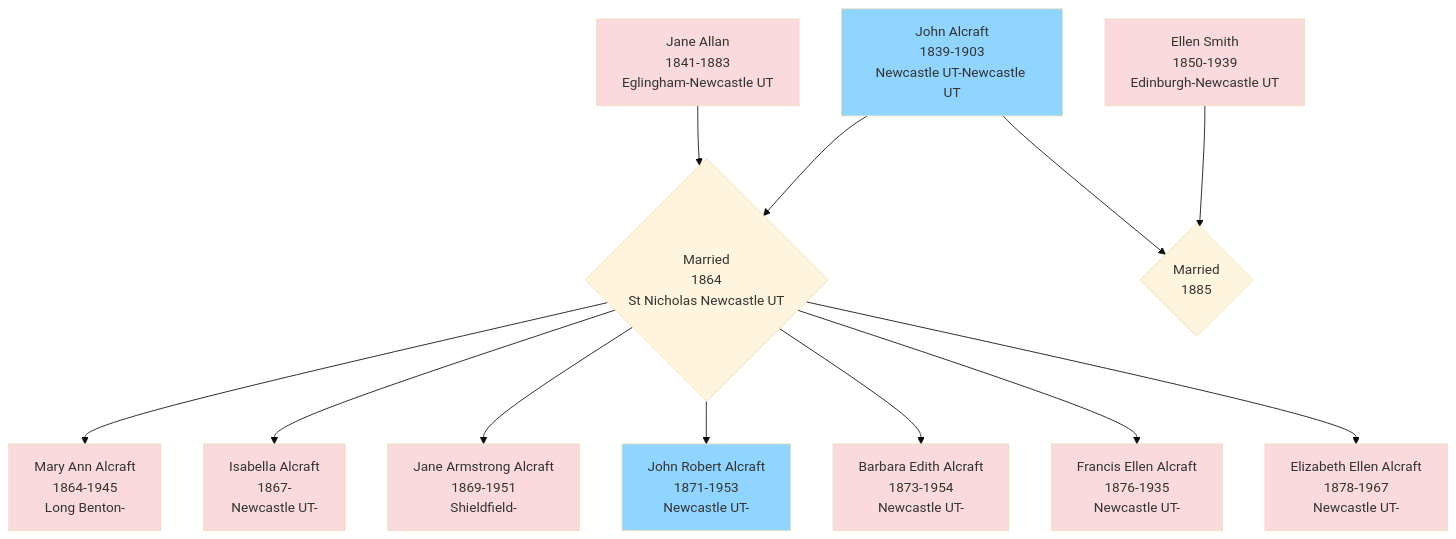
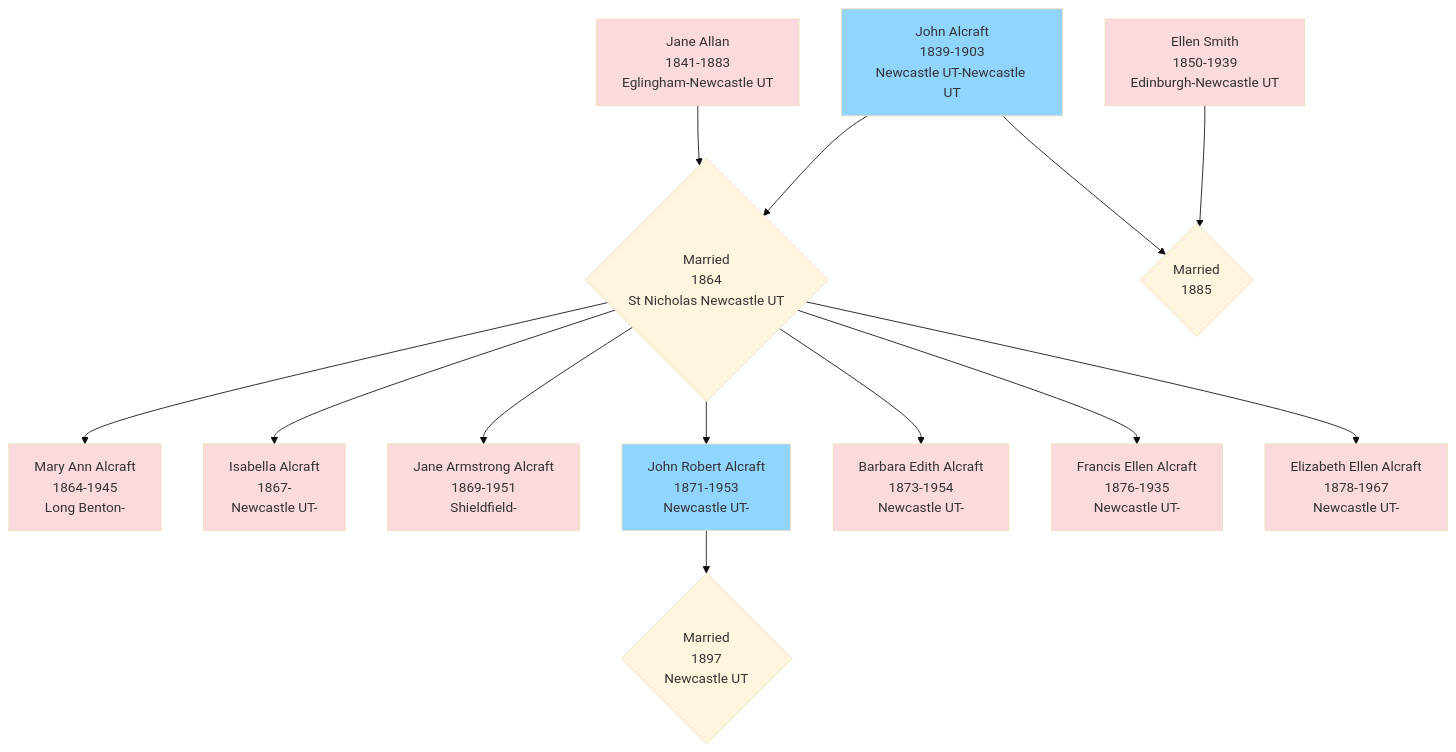
Before and after one commit to RachelAlcraft/family-tree: the diagram in docs/index.md, drawn with Mermaid (base theme).

````diff
--- a/docs/index.md
+++ b/docs/index.md
@@ -6,31 +6,32 @@
 ``` mermaid
 flowchart TD  
 JA1[John Alcraft\n1839-1903\nNewcastle UT-Newcastle UT] --> JAJA{Married\n1864\nSt Nicholas Newcastle UT};
 JA2[Jane Allan\n1841-1883\nEglingham-Newcastle UT] --> JAJA;
 ES[Ellen Smith\n1850-1939\nEdinburgh-Newcastle UT] --> JAES{Married\n1885};
 JA1 --> JAES
 JAJA -->MAA[Mary Ann Alcraft\n1864-1945\nLong Benton-];
 JAJA -->IA[Isabella Alcraft\n1867-\nNewcastle UT-];
 JAJA -->JAA[Jane Armstrong Alcraft\n1869-1951\nShieldfield-];
 JAJA -->JRA[John Robert Alcraft\n1871-1953\nNewcastle UT-];
 JAJA -->BEA[Barbara Edith Alcraft\n1873-1954\nNewcastle UT-];
 JAJA -->FEA[Francis Ellen Alcraft\n1876-1935\nNewcastle UT-];
-JAJA -->EEA[Elizabeth Ellen Alcraft\n1878-1967\nNewcastle UT-];  
+JAJA -->EEA[Elizabeth Ellen Alcraft\n1878-1967\nNewcastle UT-];
+JRA --> JRACGP{Married\n1897\nNewcastle UT}
 
 style JA1 fill:#90d5ff
 click JA1 "jones" "JA1"
 style JRA fill:#90d5ff
 
 style JA2 fill:#FADADD
 click JA2 "jones" "JA2"
 style ES fill:#FADADD
 style MAA fill:#FADADD
 style IA fill:#FADADD
 style JAA fill:#FADADD
 style BEA fill:#FADADD
 style FEA fill:#FADADD
 style EEA fill:#FADADD
 
 
 
 ```
````
